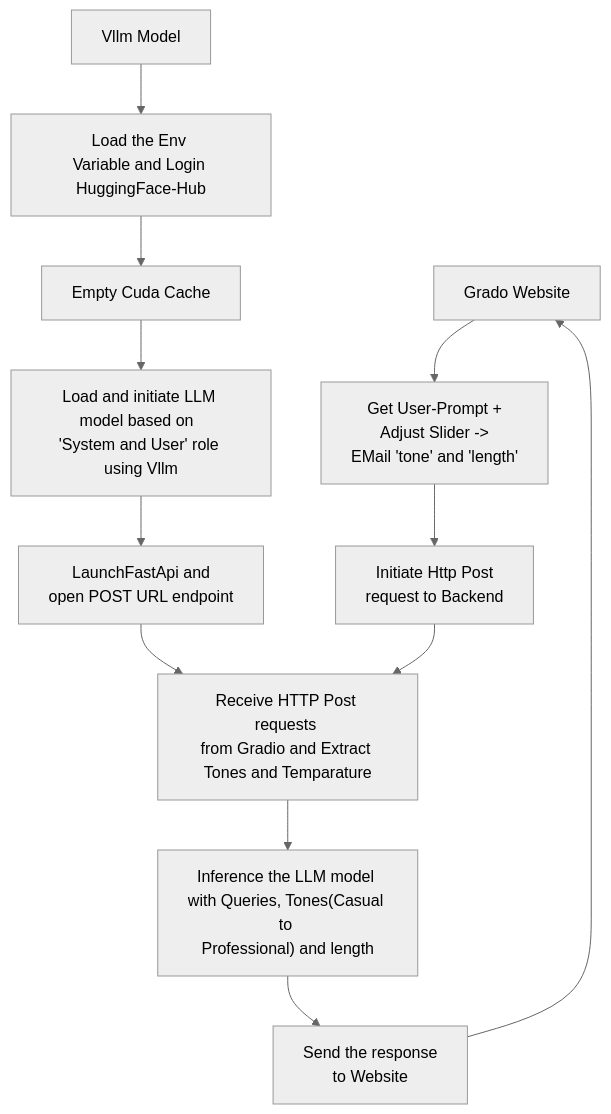
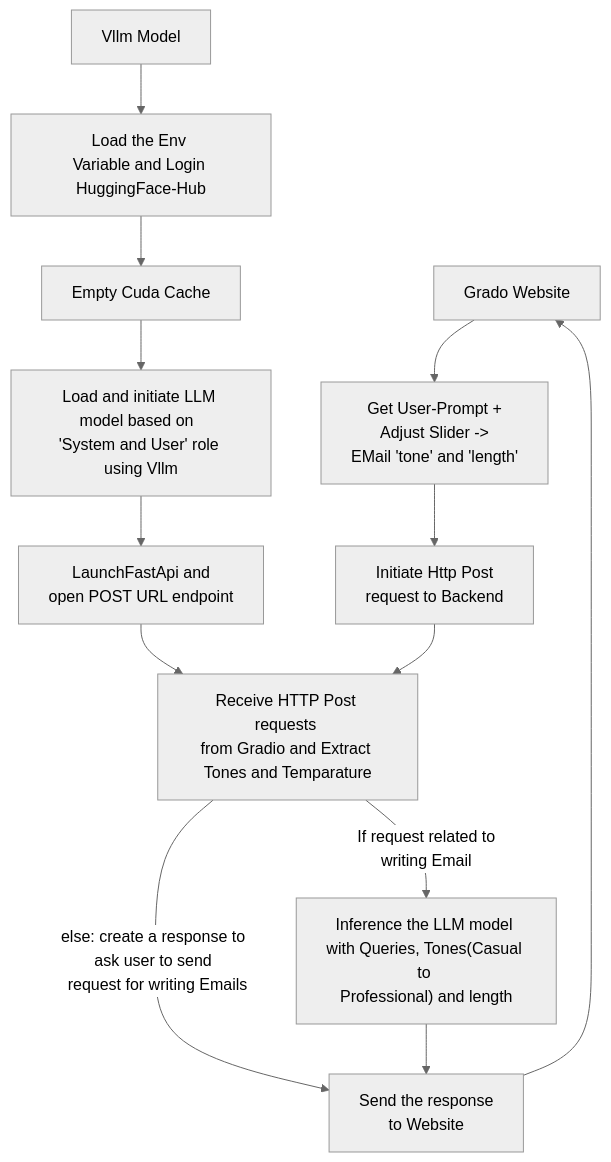
The diagram in README.md (NiazMahmud2001/VLLM-Email-Writer), drawn with Mermaid (neutral theme) before and after one commit.

````diff
--- a/README.md
+++ b/README.md
@@ -77,18 +77,21 @@
 ```mermaid
 graph TD
     A["Grado Website"]
     A --> B["Get User-Prompt + <br>Adjust Slider -> <br>EMail 'tone' and 'length'"]
     B --> C["Initiate Http Post <br>request to Backend"]
 
     D["Vllm Model"]
     D --> E["Load the Env <br>Variable and Login HuggingFace-Hub"]
     E --> F["Empty Cuda Cache"]
     F --> G["Load and initiate LLM <br>model based on  <br>'System and User' role using Vllm"]
     G --> H["LaunchFastApi and <br>open POST URL endpoint"]      
     H --> I["Receive HTTP Post requests <br>from Gradio and Extract <br>Tones and Temparature"]
     C --> I
 
-    I --> J["Inference the LLM model <br>with Queries, Tones(Casual to <br>Professional) and length"]
+
+    I --  If request related to <br> writing Email --> J["Inference the LLM model <br>with Queries, Tones(Casual to <br>Professional) and length"]
+    I -- else: create a response to ask user to send <br> request for writing Emails--> K
     J --> K["Send the response <br>to Website"]
     K --> A
+
 ```
````
